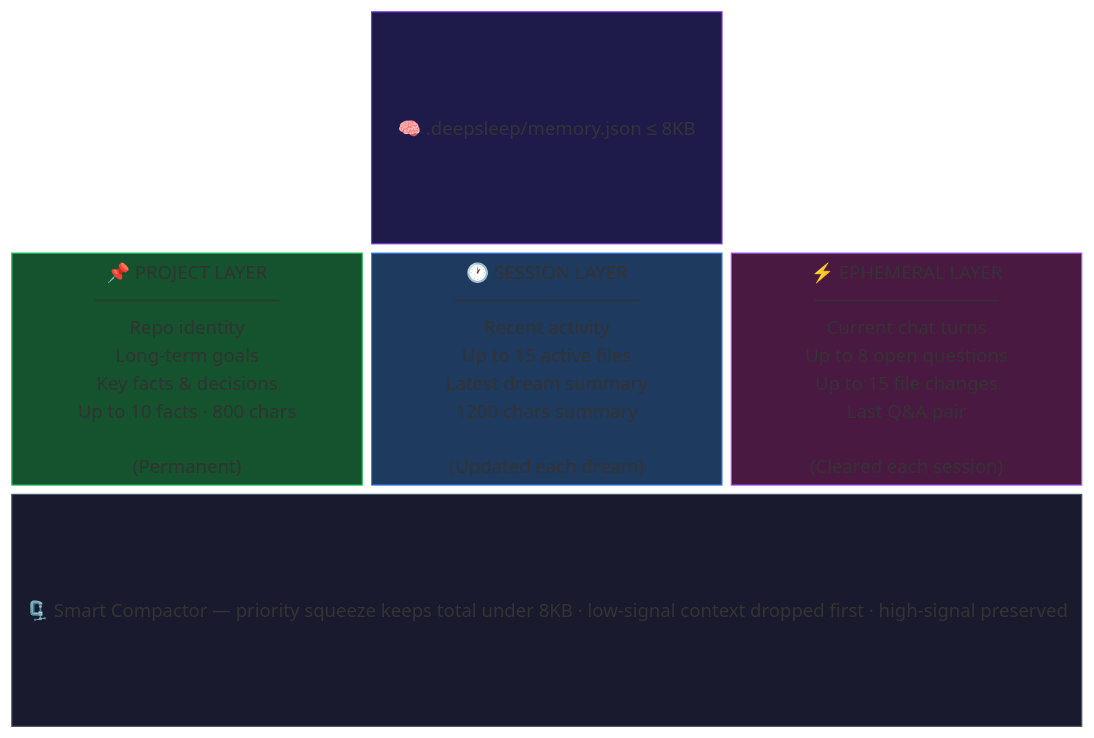
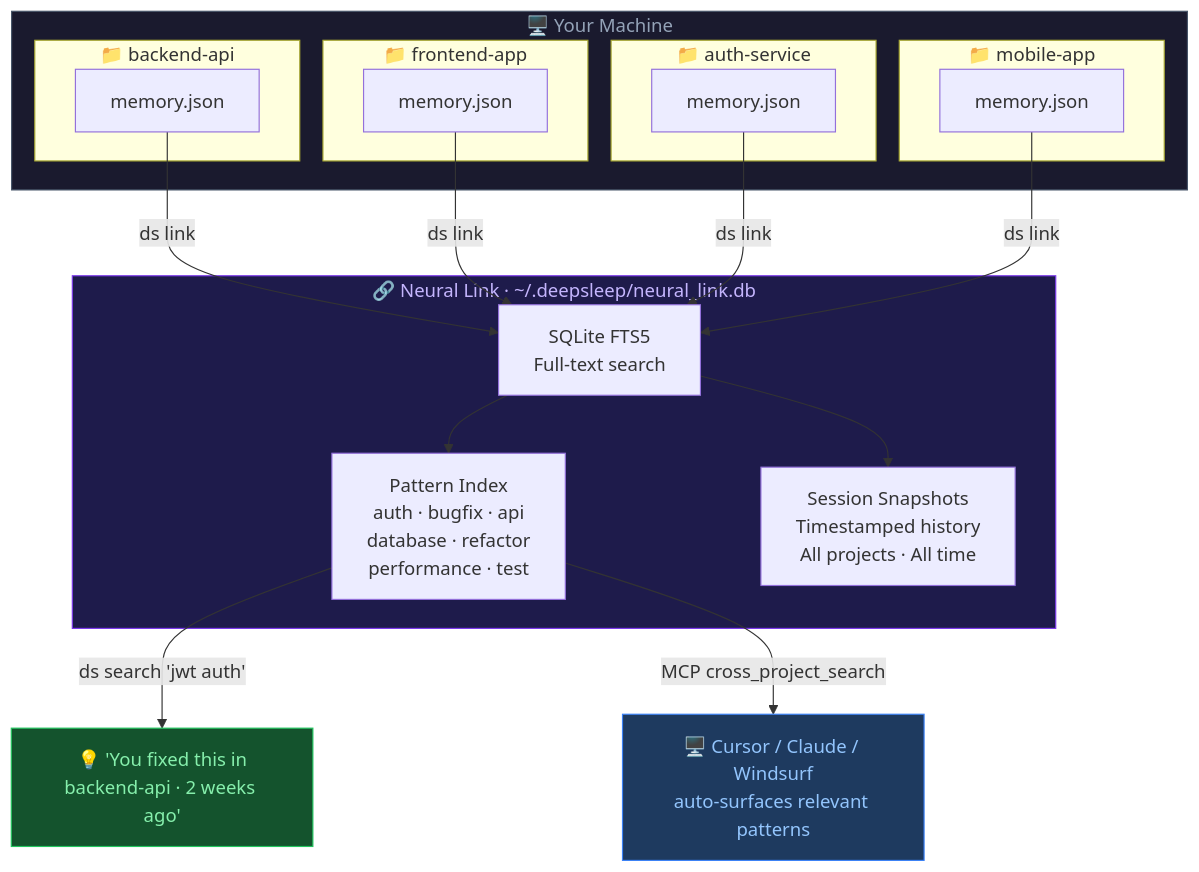
One commit to Keshavsharma-code/DeepSleep-beta changed the fifth of 9 diagrams in README.md. Above: the diagram before and after it, drawn with Mermaid. The commit also changed other lines of this file and 8 other files, not shown here.

````diff
--- a/README.md
+++ b/README.md
@@ -133,20 +171,39 @@
 ```mermaid
-block-beta
-  columns 3
+flowchart TD
+    subgraph Machine["🖥️ Your Machine"]
+        subgraph proj1["📁 backend-api"]
+            m1["memory.json"]
+        end
+        subgraph proj2["📁 frontend-app"]
+            m2["memory.json"]
+        end
+        subgraph proj3["📁 auth-service"]
+            m3["memory.json"]
+        end
+        subgraph proj4["📁 mobile-app"]
+            m4["memory.json"]
+        end
+    end
 
-  space:1
-  title["🧠 .deepsleep/memory.json  ≤ 8KB"]:1
-  space:1
+    subgraph NL["🔗 Neural Link · ~/.deepsleep/neural_link.db"]
+        fts["SQLite FTS5\nFull-text search"]
+        patterns["Pattern Index\nauth · bugfix · api\ndatabase · refactor\nperformance · test"]
+        snapshots["Session Snapshots\nTimestamped history\nAll projects · All time"]
+    end
 
-  project["📌 PROJECT LAYER\n──────────────\nRepo identity\nLong-term goals\nKey facts & decisions\nUp to 10 facts · 800 chars\n\n(Permanent)"]
-  session["🕐 SESSION LAYER\n──────────────\nRecent activity\nUp to 15 active files\nLatest dream summary\n1200 chars summary\n\n(Updated each dream)"]
-  ephemeral["⚡ EPHEMERAL LAYER\n──────────────\nCurrent chat turns\nUp to 8 open questions\nUp to 15 file changes\nLast Q&A pair\n\n(Cleared each session)"]
+    m1 -->|ds link| fts
+    m2 -->|ds link| fts
+    m3 -->|ds link| fts
+    m4 -->|ds link| fts
 
-  compact["🗜️ Smart Compactor — priority squeeze keeps total under 8KB · low-signal context dropped first · high-signal preserved"]:3
+    fts --> patterns
+    fts --> snapshots
 
-  style title fill:#1e1b4b,color:#c4b5fd,stroke:#7c3aed
-  style project fill:#14532d,color:#86efac,stroke:#22c55e
-  style session fill:#1e3a5f,color:#93c5fd,stroke:#3b82f6
-  style ephemeral fill:#4a1942,color:#f0abfc,stroke:#a855f7
-  style compact fill:#1a1a2e,color:#94a3b8,stroke:#475569
+    patterns -->|ds search 'jwt auth'| Q["💡 'You fixed this in\nbackend-api · 2 weeks ago'"]
+    patterns -->|MCP cross_project_search| IDE["🖥️ Cursor / Claude / Windsurf\nauto-surfaces relevant patterns"]
+
+    style NL fill:#1e1b4b,color:#c4b5fd,stroke:#7c3aed
+    style Machine fill:#1a1a2e,color:#94a3b8,stroke:#475569
+    style Q fill:#14532d,color:#86efac,stroke:#22c55e
+    style IDE fill:#1e3a5f,color:#93c5fd,stroke:#3b82f6
 ```
````
